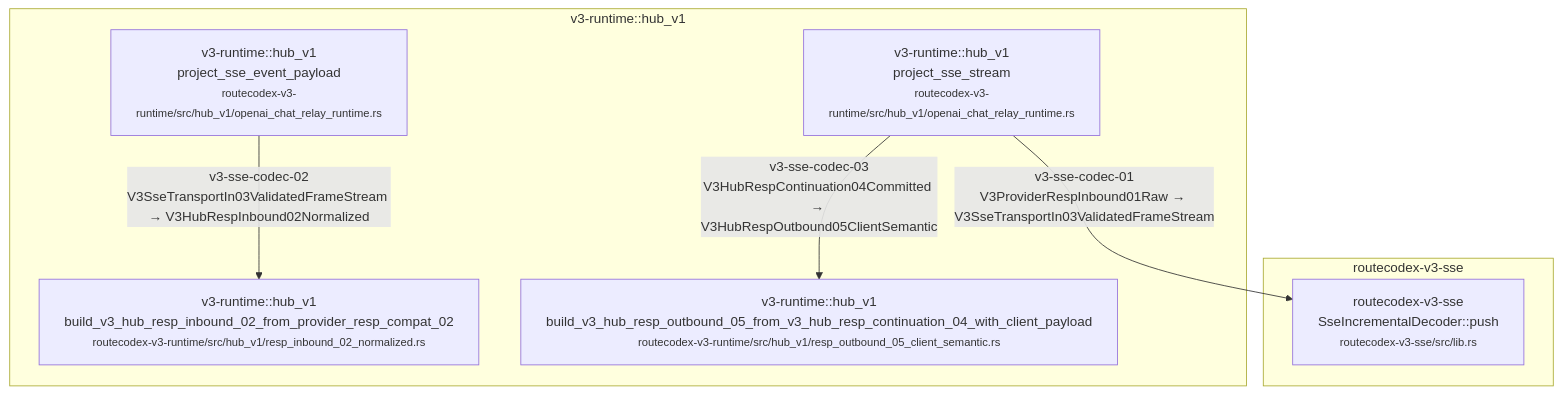
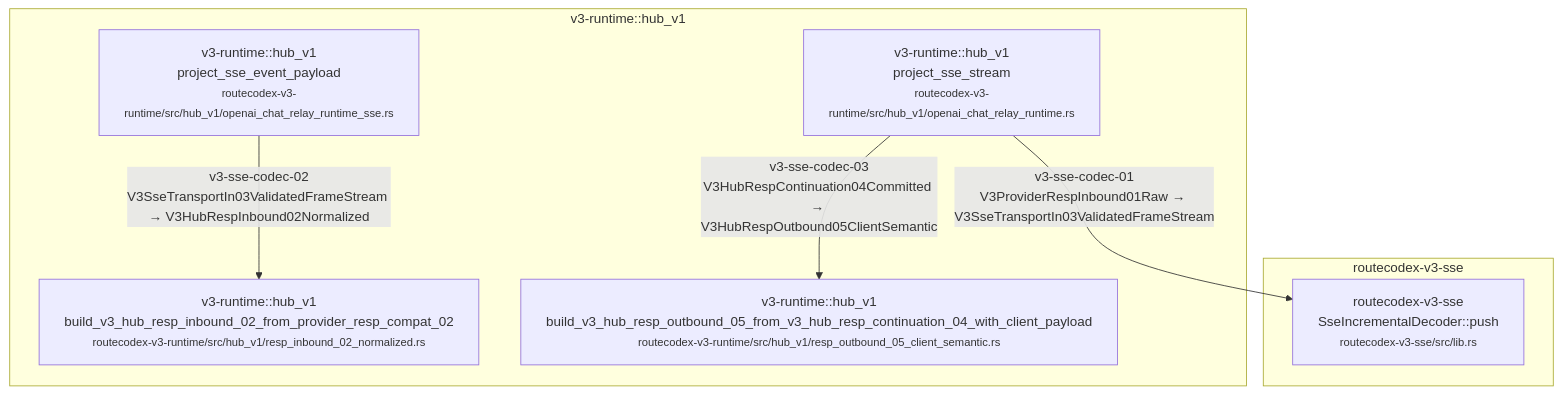
One commit to Jasonzhangf/routecodex changed diagram 57 of 59 in docs/architecture/wiki/v3-mainline-caller-flow.md. Above: the diagram before and after it, drawn with Mermaid. The commit also changed other lines of this file and 18 other files, not shown here.

First line of the commit message:
fix(v3): correct Responses/chat SSE terminal projection and client-disconnect cooldown

````diff
--- a/docs/architecture/wiki/v3-mainline-caller-flow.md
+++ b/docs/architecture/wiki/v3-mainline-caller-flow.md
@@ -2336,15 +2336,15 @@
 ```mermaid
 flowchart TD
   subgraph c_55_v3_sse_protocol_codec_projection_boundary_m_routecodex_v3_sse["routecodex-v3-sse"]
     c_55_v3_sse_protocol_codec_projection_boundary_1["routecodex-v3-sse<br/>SseIncrementalDecoder::push<br/><small>routecodex-v3-sse/src/lib.rs</small>"]
   end
   subgraph c_55_v3_sse_protocol_codec_projection_boundary_m_v3_runtime__hub_v1["v3-runtime::hub_v1"]
     c_55_v3_sse_protocol_codec_projection_boundary_0["v3-runtime::hub_v1<br/>project_sse_stream<br/><small>routecodex-v3-runtime/src/hub_v1/openai_chat_relay_runtime.rs</small>"]
-    c_55_v3_sse_protocol_codec_projection_boundary_2["v3-runtime::hub_v1<br/>project_sse_event_payload<br/><small>routecodex-v3-runtime/src/hub_v1/openai_chat_relay_runtime.rs</small>"]
+    c_55_v3_sse_protocol_codec_projection_boundary_2["v3-runtime::hub_v1<br/>project_sse_event_payload<br/><small>routecodex-v3-runtime/src/hub_v1/openai_chat_relay_runtime_sse.rs</small>"]
     c_55_v3_sse_protocol_codec_projection_boundary_3["v3-runtime::hub_v1<br/>build_v3_hub_resp_inbound_02_from_provider_resp_compat_02<br/><small>routecodex-v3-runtime/src/hub_v1/resp_inbound_02_normalized.rs</small>"]
     c_55_v3_sse_protocol_codec_projection_boundary_4["v3-runtime::hub_v1<br/>build_v3_hub_resp_outbound_05_from_v3_hub_resp_continuation_04_with_client_payload<br/><small>routecodex-v3-runtime/src/hub_v1/resp_outbound_05_client_semantic.rs</small>"]
   end
   c_55_v3_sse_protocol_codec_projection_boundary_0 -->|v3-sse-codec-01<br/>V3ProviderRespInbound01Raw → V3SseTransportIn03ValidatedFrameStream| c_55_v3_sse_protocol_codec_projection_boundary_1
   c_55_v3_sse_protocol_codec_projection_boundary_2 -->|v3-sse-codec-02<br/>V3SseTransportIn03ValidatedFrameStream → V3HubRespInbound02Normalized| c_55_v3_sse_protocol_codec_projection_boundary_3
   c_55_v3_sse_protocol_codec_projection_boundary_0 -->|v3-sse-codec-03<br/>V3HubRespContinuation04Committed → V3HubRespOutbound05ClientSemantic| c_55_v3_sse_protocol_codec_projection_boundary_4
 ```
````
